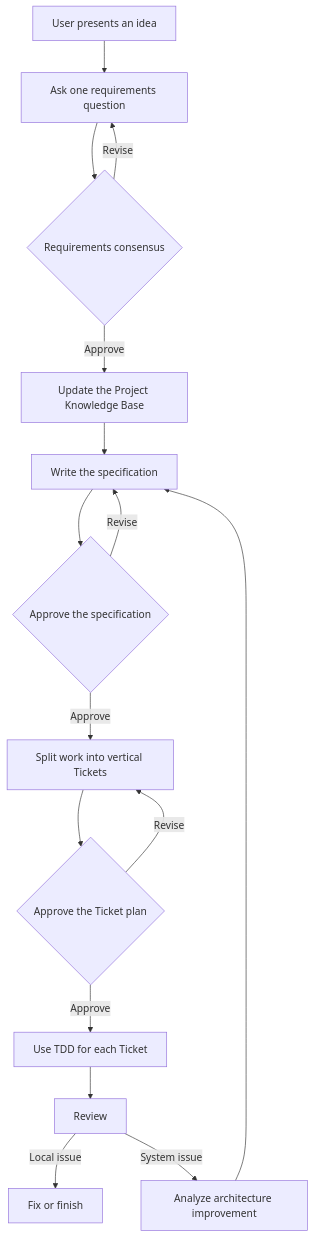
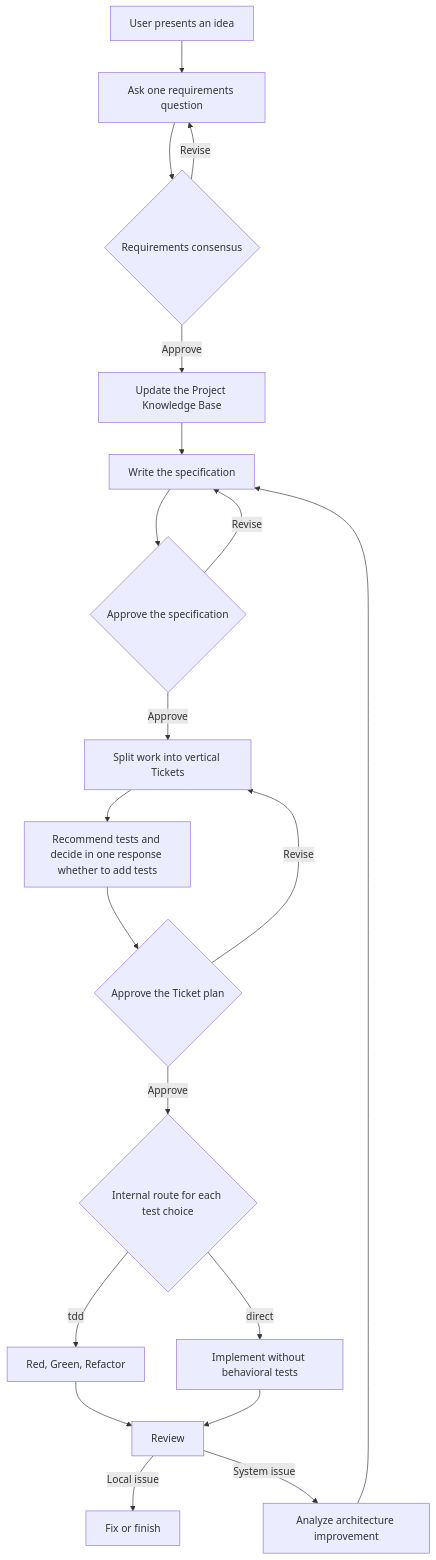
One commit to Mysterio1001/Ask-Then-Do-It changed the diagram in docs/design/ai-development-skills.en.md. Above: the diagram before and after it, drawn with Mermaid. The commit also changed other lines of this file and 94 other files, not shown here.

````diff
--- a/docs/design/ai-development-skills.en.md
+++ b/docs/design/ai-development-skills.en.md
@@ -29,18 +29,22 @@
 ```mermaid
 flowchart TD
     A["User presents an idea"] --> B["Ask one requirements question"]
     B --> C{"Requirements consensus"}
     C -->|Revise| B
     C -->|Approve| D["Update the Project Knowledge Base"]
     D --> E["Write the specification"]
     E --> F{"Approve the specification"}
     F -->|Revise| E
     F -->|Approve| G["Split work into vertical Tickets"]
-    G --> H{"Approve the Ticket plan"}
-    H -->|Revise| G
-    H -->|Approve| I["Use TDD for each Ticket"]
-    I --> J["Review"]
-    J -->|Local issue| K["Fix or finish"]
-    J -->|System issue| L["Analyze architecture improvement"]
-    L --> E
+    G --> H["Recommend tests and decide in one response whether to add tests"]
+    H --> I{"Approve the Ticket plan"}
+    I -->|Revise| G
+    I -->|Approve| J{"Internal route for each test choice"}
+    J -->|tdd| K["Red, Green, Refactor"]
+    J -->|direct| L["Implement without behavioral tests"]
+    K --> M["Review"]
+    L --> M
+    M -->|Local issue| N["Fix or finish"]
+    M -->|System issue| O["Analyze architecture improvement"]
+    O --> E
 ```
````
